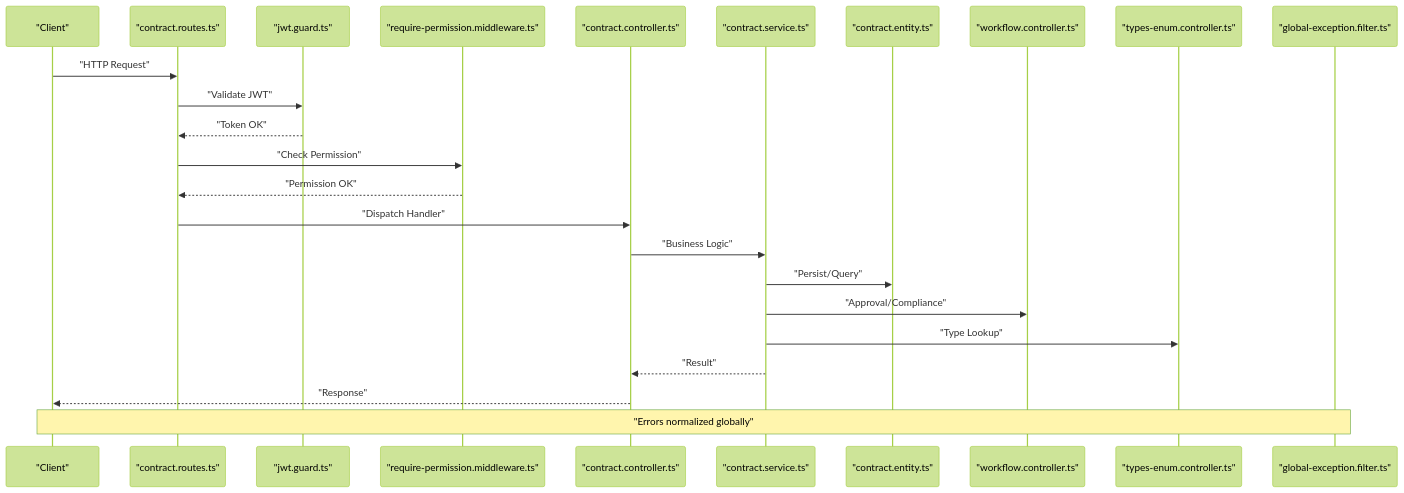
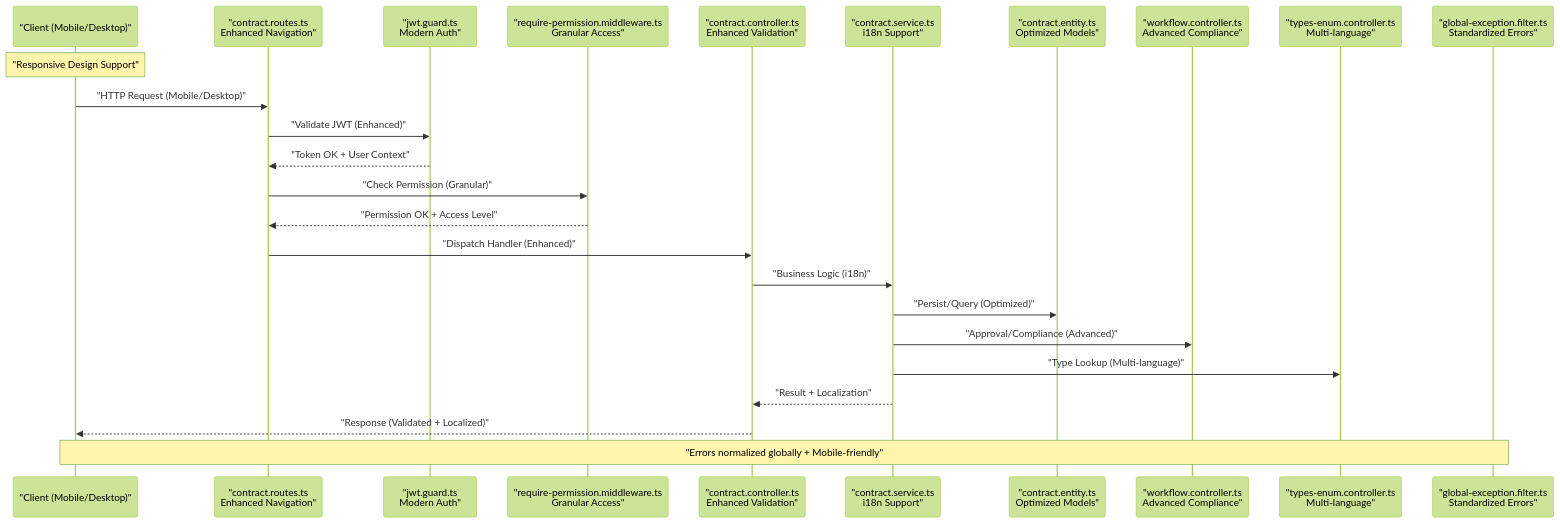
The second of 5 diagrams in .qoder/repowiki/en/content/API Reference/Human Resources API/Personnel Administration API/Contract Management API.md (franckylab/eLISAschool), drawn with Mermaid (forest theme) before and after one commit. The commit also changed other lines of this file and 102 other files, not shown here.

````diff
--- a/.qoder/repowiki/en/content/API Reference/Human Resources API/Personnel Administration API/Contract Management API.md
+++ b/.qoder/repowiki/en/content/API Reference/Human Resources API/Personnel Administration API/Contract Management API.md
@@ -171,26 +183,27 @@
 ```mermaid
 sequenceDiagram
-participant Client as "Client"
-participant Router as "contract.routes.ts"
-participant Guard as "jwt.guard.ts"
-participant Perm as "require-permission.middleware.ts"
-participant Ctrl as "contract.controller.ts"
-participant Svc as "contract.service.ts"
-participant DB as "contract.entity.ts"
-participant WF as "workflow.controller.ts"
-participant TE as "types-enum.controller.ts"
-participant Filter as "global-exception.filter.ts"
-Client->>Router : "HTTP Request"
-Router->>Guard : "Validate JWT"
-Guard-->>Router : "Token OK"
-Router->>Perm : "Check Permission"
-Perm-->>Router : "Permission OK"
-Router->>Ctrl : "Dispatch Handler"
-Ctrl->>Svc : "Business Logic"
-Svc->>DB : "Persist/Query"
-Svc->>WF : "Approval/Compliance"
-Svc->>TE : "Type Lookup"
-Svc-->>Ctrl : "Result"
-Ctrl-->>Client : "Response"
-Note over Filter,Client : "Errors normalized globally"
+participant Client as "Client (Mobile/Desktop)"
+participant Router as "contract.routes.ts<br/>Enhanced Navigation"
+participant Guard as "jwt.guard.ts<br/>Modern Auth"
+participant Perm as "require-permission.middleware.ts<br/>Granular Access"
+participant Ctrl as "contract.controller.ts<br/>Enhanced Validation"
+participant Svc as "contract.service.ts<br/>i18n Support"
+participant DB as "contract.entity.ts<br/>Optimized Models"
+participant WF as "workflow.controller.ts<br/>Advanced Compliance"
+participant TE as "types-enum.controller.ts<br/>Multi-language"
+participant Filter as "global-exception.filter.ts<br/>Standardized Errors"
+Note over Client : "Responsive Design Support"
+Client->>Router : "HTTP Request (Mobile/Desktop)"
+Router->>Guard : "Validate JWT (Enhanced)"
+Guard-->>Router : "Token OK + User Context"
+Router->>Perm : "Check Permission (Granular)"
+Perm-->>Router : "Permission OK + Access Level"
+Router->>Ctrl : "Dispatch Handler (Enhanced)"
+Ctrl->>Svc : "Business Logic (i18n)"
+Svc->>DB : "Persist/Query (Optimized)"
+Svc->>WF : "Approval/Compliance (Advanced)"
+Svc->>TE : "Type Lookup (Multi-language)"
+Svc-->>Ctrl : "Result + Localization"
+Ctrl-->>Client : "Response (Validated + Localized)"
+Note over Filter,Client : "Errors normalized globally + Mobile-friendly"
 ```
````
